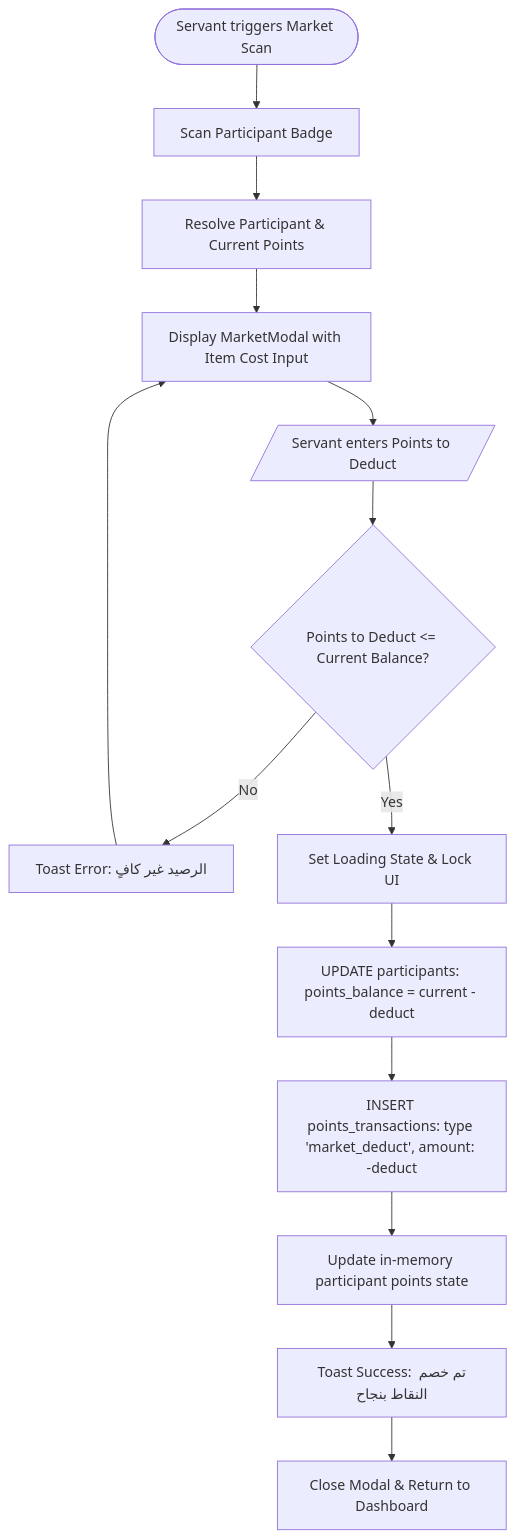
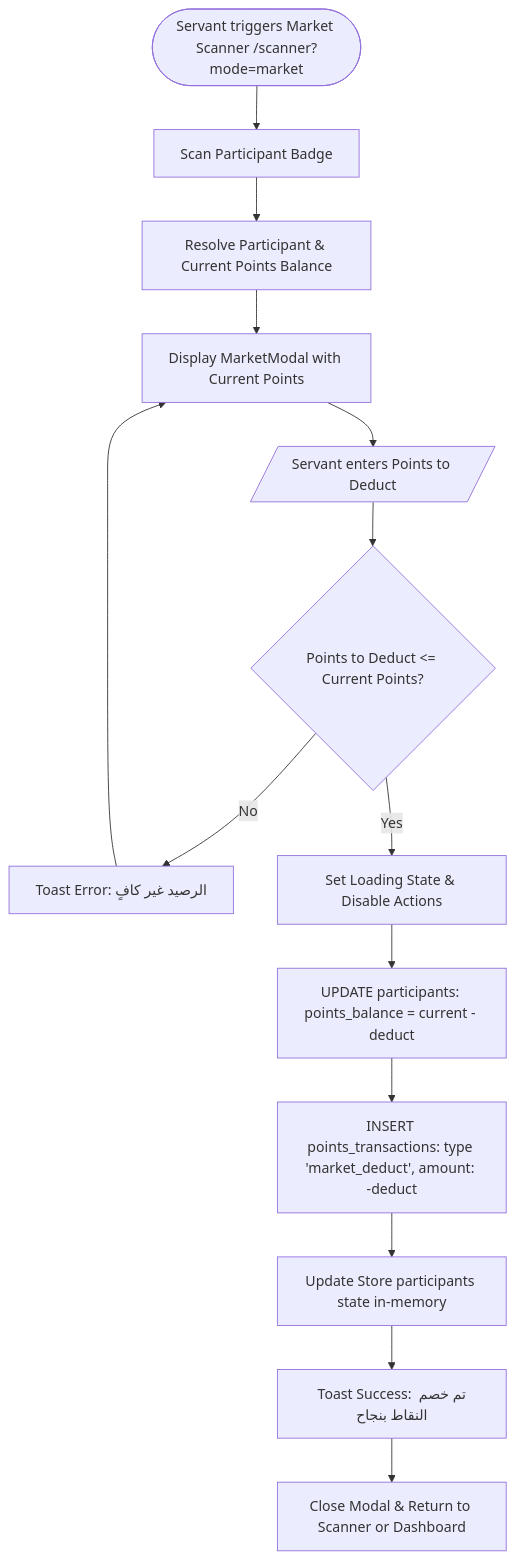
One commit to BavlyPeter/AVA-BISHOY changed the third of 7 diagrams in MD/ARIBSALIN-DOCUMENTATION.md. Above: the diagram before and after it, drawn with Mermaid. The commit also changed other lines of this file and 37 other files, not shown here.

````diff
--- a/MD/ARIBSALIN-DOCUMENTATION.md
+++ b/MD/ARIBSALIN-DOCUMENTATION.md
@@ -305,17 +291,17 @@
 ```mermaid
 flowchart TD
-    Start([Servant triggers Market Scan]) --> Scan[Scan Participant Badge]
-    Scan --> Identify[Resolve Participant & Current Points]
-    Identify --> OpenModal[Display MarketModal with Item Cost Input]
+    Start([Servant triggers Market Scanner /scanner?mode=market]) --> Scan[Scan Participant Badge]
+    Scan --> Resolve[Resolve Participant & Current Points Balance]
+    Resolve --> OpenModal[Display MarketModal with Current Points]
     OpenModal --> InputPoints[/Servant enters Points to Deduct/]
-    CheckBalance{Points to Deduct <= Current Balance?}
+    CheckBalance{Points to Deduct <= Current Points?}
     InputPoints --> CheckBalance
     CheckBalance -- No --> OverdraftError[Toast Error: الرصيد غير كافٍ]
     OverdraftError --> OpenModal
-    CheckBalance -- Yes --> SetProcessing[Set Loading State & Lock UI]
+    CheckBalance -- Yes --> SetProcessing[Set Loading State & Disable Actions]
     SetProcessing --> DBUpdate[UPDATE participants: points_balance = current - deduct]
     DBUpdate --> DBLog[INSERT points_transactions: type 'market_deduct', amount: -deduct]
-    DBLog --> StateSync[Update in-memory participant points state]
+    DBLog --> StateSync[Update Store participants state in-memory]
     StateSync --> SuccessToast[Toast Success: تم خصم النقاط بنجاح]
-    SuccessToast --> CloseModal[Close Modal & Return to Dashboard]
+    SuccessToast --> CloseModal[Close Modal & Return to Scanner or Dashboard]
 ```
````
